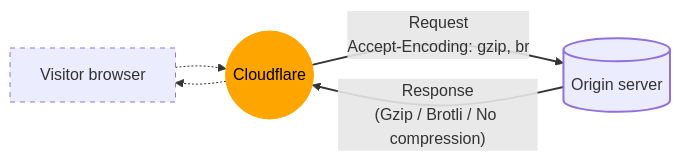
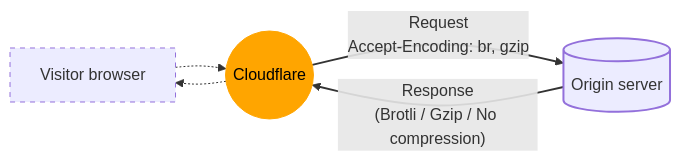
Before and after one commit to rdhanarot/cloudflare-docs: the second of 2 diagrams in src/content/docs/speed/optimization/content/brotli/content-compression.mdx, drawn with Mermaid. The commit also changed other lines of this file and 1 other file, not shown here.

First line of the commit message:
[Speed] Update Accept-Encoding header values (Cloudflare -> Origin server) (#17581)

````diff
--- a/src/content/docs/speed/optimization/content/brotli/content-compression.mdx
+++ b/src/content/docs/speed/optimization/content/brotli/content-compression.mdx
@@ -121,18 +121,18 @@
 ```mermaid
 flowchart LR
 accTitle: Compressed responses sent from the origin server
-accDescr: Cloudflare accepts responses from origin server using Gzip compression, Brotli compression, or no compression.
+accDescr: Cloudflare accepts responses from origin server using Brotli compression, Gzip compression, or no compression.
 
 A[Visitor browser]
 B((Cloudflare))
 C[(Origin server)]
 
-A -.-> B == "Request<br>Accept-Encoding: gzip, br" ==> C
-C == "Response<br>(Gzip / Brotli / No compression)" ==> B -.-> A
+A -.-> B == "Request<br>Accept-Encoding: br, gzip" ==> C
+C == "Response<br>(Brotli / Gzip / No compression)" ==> B -.-> A
 
 style A stroke-dasharray: 5 5
 style B stroke: orange,fill: orange,color: black
 style C stroke-width: 2px
 linkStyle 1,2 stroke-width: 2px
 linkStyle 0,3 stroke-width: 1px
 ```
````
